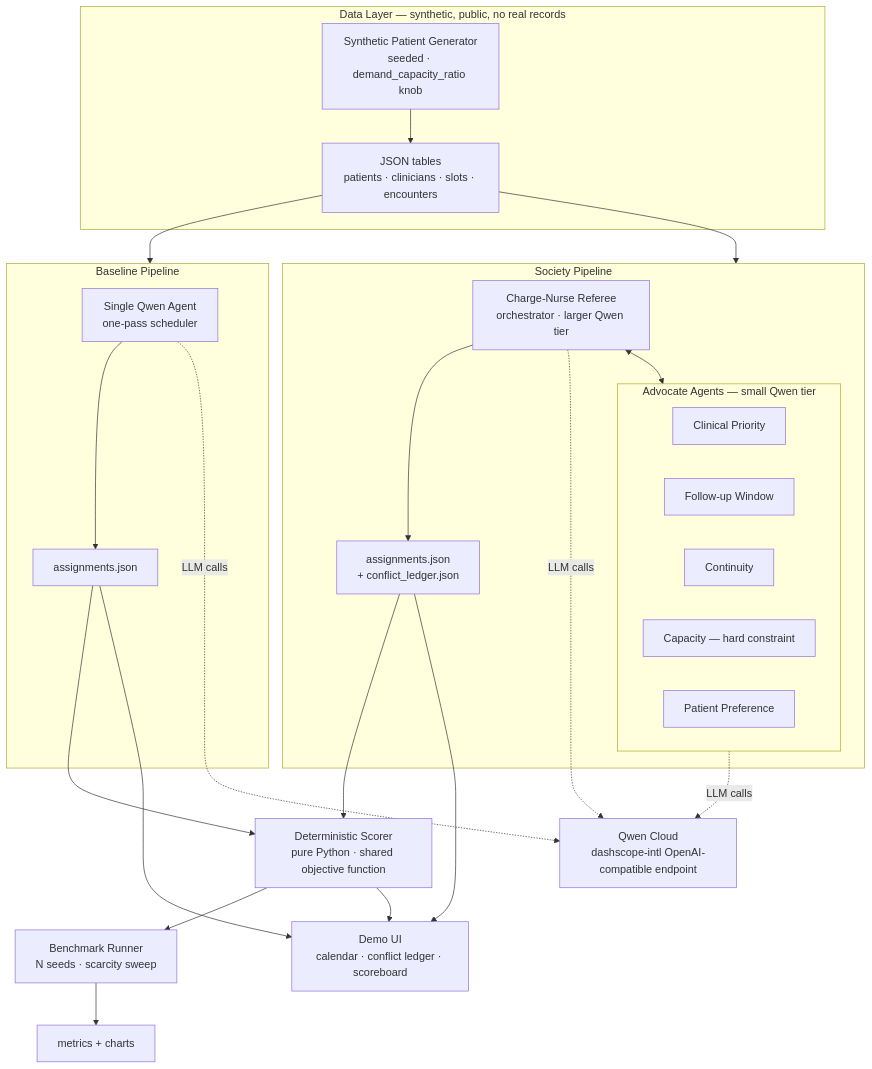
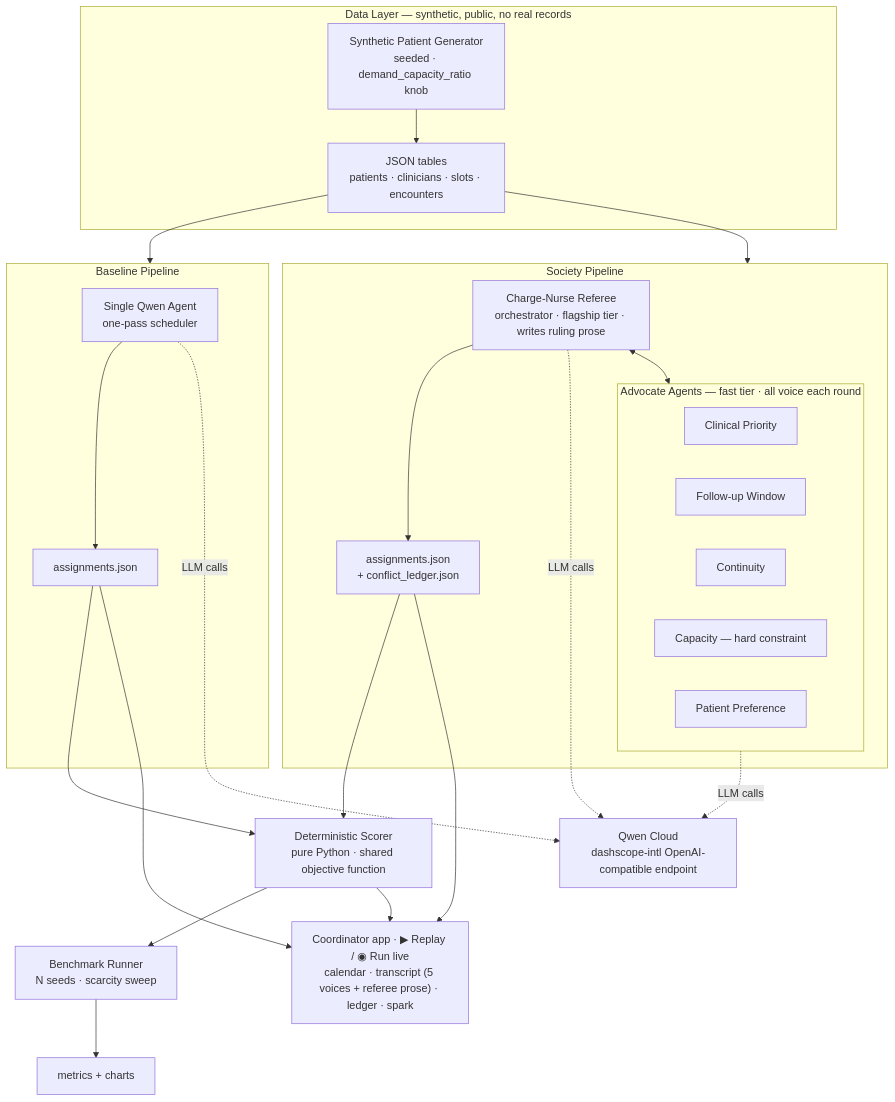
One commit to jwlai-cloud/rehabpanel changed the first of 2 diagrams in docs/RehabPanel_Design_Doc.md. Above: the diagram before and after it, drawn with Mermaid. The commit also changed other lines of this file and 4 other files, not shown here.

First line of the commit message:
docs: bring design + architecture diagrams current

````diff
--- a/docs/RehabPanel_Design_Doc.md
+++ b/docs/RehabPanel_Design_Doc.md
@@ -39,38 +39,38 @@
 ```mermaid
 flowchart TB
     subgraph DATA["Data Layer — synthetic, public, no real records"]
         GEN["Synthetic Patient Generator<br/>seeded · demand_capacity_ratio knob"]
         TABLES["JSON tables<br/>patients · clinicians · slots · encounters"]
         GEN --> TABLES
     end
     TABLES --> BASE
     TABLES --> SOC
     subgraph BASE["Baseline Pipeline"]
         B1["Single Qwen Agent<br/>one-pass scheduler"]
         B1 --> BOUT["assignments.json"]
     end
     subgraph SOC["Society Pipeline"]
-        ORCH["Charge-Nurse Referee<br/>orchestrator · larger Qwen tier"]
-        subgraph ADV["Advocate Agents — small Qwen tier"]
+        ORCH["Charge-Nurse Referee<br/>orchestrator · flagship tier · writes ruling prose"]
+        subgraph ADV["Advocate Agents — fast tier · all voice each round"]
             A1["Clinical Priority"]
             A2["Follow-up Window"]
             A3["Continuity"]
             A4["Capacity — hard constraint"]
             A5["Patient Preference"]
         end
         ORCH <--> ADV
         ORCH --> SOUT["assignments.json<br/>+ conflict_ledger.json"]
     end
     QWEN["Qwen Cloud<br/>dashscope-intl OpenAI-compatible endpoint"]
     B1 -. LLM calls .-> QWEN
     ORCH -. LLM calls .-> QWEN
     ADV -. LLM calls .-> QWEN
     BOUT --> SCORE
     SOUT --> SCORE
     SCORE["Deterministic Scorer<br/>pure Python · shared objective function"]
     SCORE --> BENCH["Benchmark Runner<br/>N seeds · scarcity sweep"]
     BENCH --> RESULTS["metrics + charts"]
-    SOUT --> UI["Demo UI<br/>calendar · conflict ledger · scoreboard"]
+    SOUT --> UI["Coordinator app · ▶ Replay / ◉ Run live<br/>calendar · transcript (5 voices + referee prose) · ledger · spark"]
     BOUT --> UI
     SCORE --> UI
 ```
````
